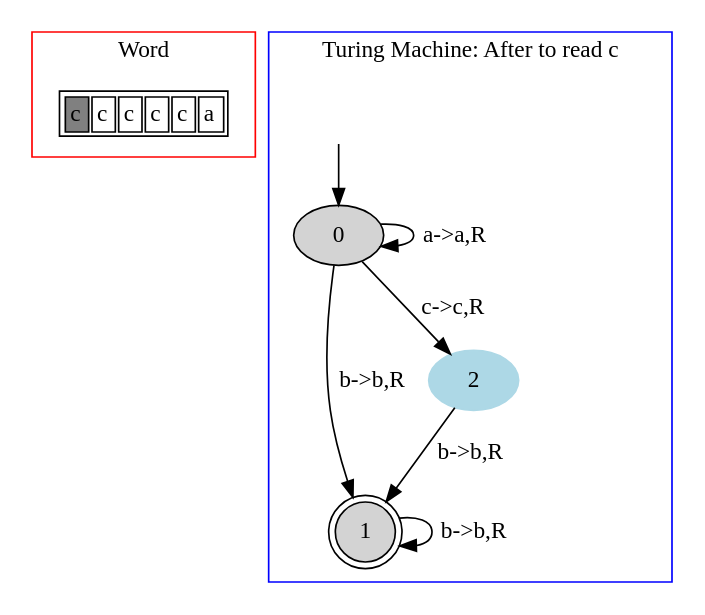
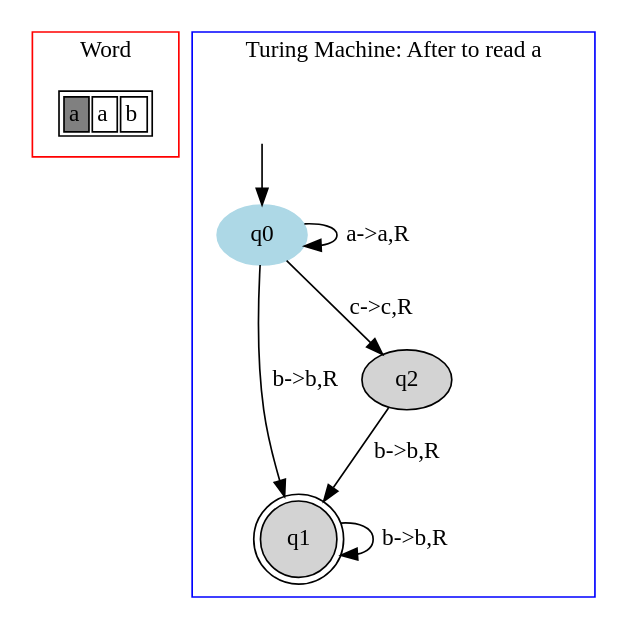
Before and after one commit to danielScLima/turing_machine: the diagram in TM/images/file2.dot, drawn with Graphviz. The commit also changed 13 other files, not shown here.

```diff
--- a/TM/images/file2.dot
+++ b/TM/images/file2.dot
@@ -1,33 +1,30 @@
 digraph G {
 	subgraph cluster_0 {
 		node [shape=plaintext];
 
 struct1 [label=<<TABLE>
 <TR>
-<TD BGCOLOR="gray"><FONT>c</FONT></TD>
-<TD><FONT>c</FONT></TD>
-<TD><FONT>c</FONT></TD>
-<TD><FONT>c</FONT></TD>
-<TD><FONT>c</FONT></TD>
+<TD BGCOLOR="gray"><FONT>a</FONT></TD>
 <TD><FONT>a</FONT></TD>
+<TD><FONT>b</FONT></TD>
 </TR>
 </TABLE>>];
 label = "Word";
 color=red;
 }
 	subgraph cluster_1 {
 		node [style=filled];
-		label = "Turing Machine: After to read c"
+		label = "Turing Machine: After to read a"
 		color=blue;
 
-		0;
-		1 [shape="doublecircle"];
-		2 [color="lightblue"];
-		0->0[label="a->a,R"];
-		0->1[label="b->b,R"];
-		0->2[label="c->c,R"];
-		1->1[label="b->b,R"];
-		2->1[label="b->b,R"];
-x [color=white, label=""];		x->0	}
+		q0 [color="lightblue"];
+		q1 [shape="doublecircle"];
+		q2;
+		q0->q0[label="a->a,R"];
+		q0->q1[label="b->b,R"];
+		q0->q2[label="c->c,R"];
+		q1->q1[label="b->b,R"];
+		q2->q1[label="b->b,R"];
+x [color=white, label=""];		x->q0	}
 
 }
```
